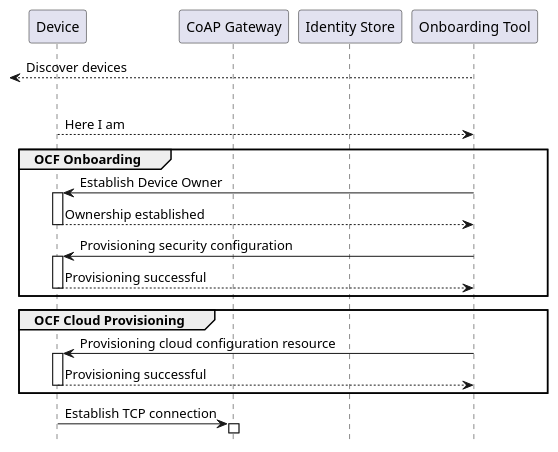
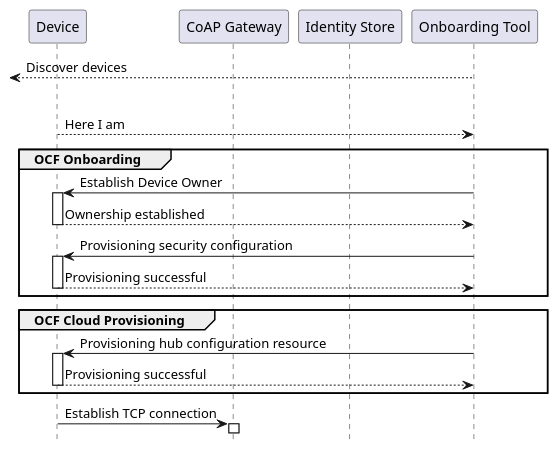
Before and after one commit to plgd-dev/doc: the first of 7 diagrams in content/en/architecture/component-overview.md, drawn with PlantUML. The commit also changed other lines of this file and 39 other files, not shown here.

Commit message:
rename cloud to hub, sdk to device, fix links

```diff
--- a/content/en/architecture/component-overview.md
+++ b/content/en/architecture/component-overview.md
@@ -35,26 +35,26 @@
 {{< plantuml id="device-onboarding" >}}
 @startuml Sequence
 skinparam backgroundColor transparent
 hide footbox
 
 participant D as "Device"
 participant CGW as "CoAP Gateway"
 participant IS as "Identity Store"
 participant OBT as "Onboarding Tool"
 
 OBT -->[: Discover devices
 |||
 D --> OBT: Here I am
 group OCF Onboarding
     OBT -> D ++: Establish Device Owner
     return Ownership established
     OBT -> D ++: Provisioning security configuration
     return Provisioning successful
 end
 group OCF Cloud Provisioning
-    OBT -> D ++: Provisioning cloud configuration resource
+    OBT -> D ++: Provisioning hub configuration resource
     return Provisioning successful
 end
 D -> CGW ++: Establish TCP connection
 @enduml
 {{< /plantuml >}}
```
